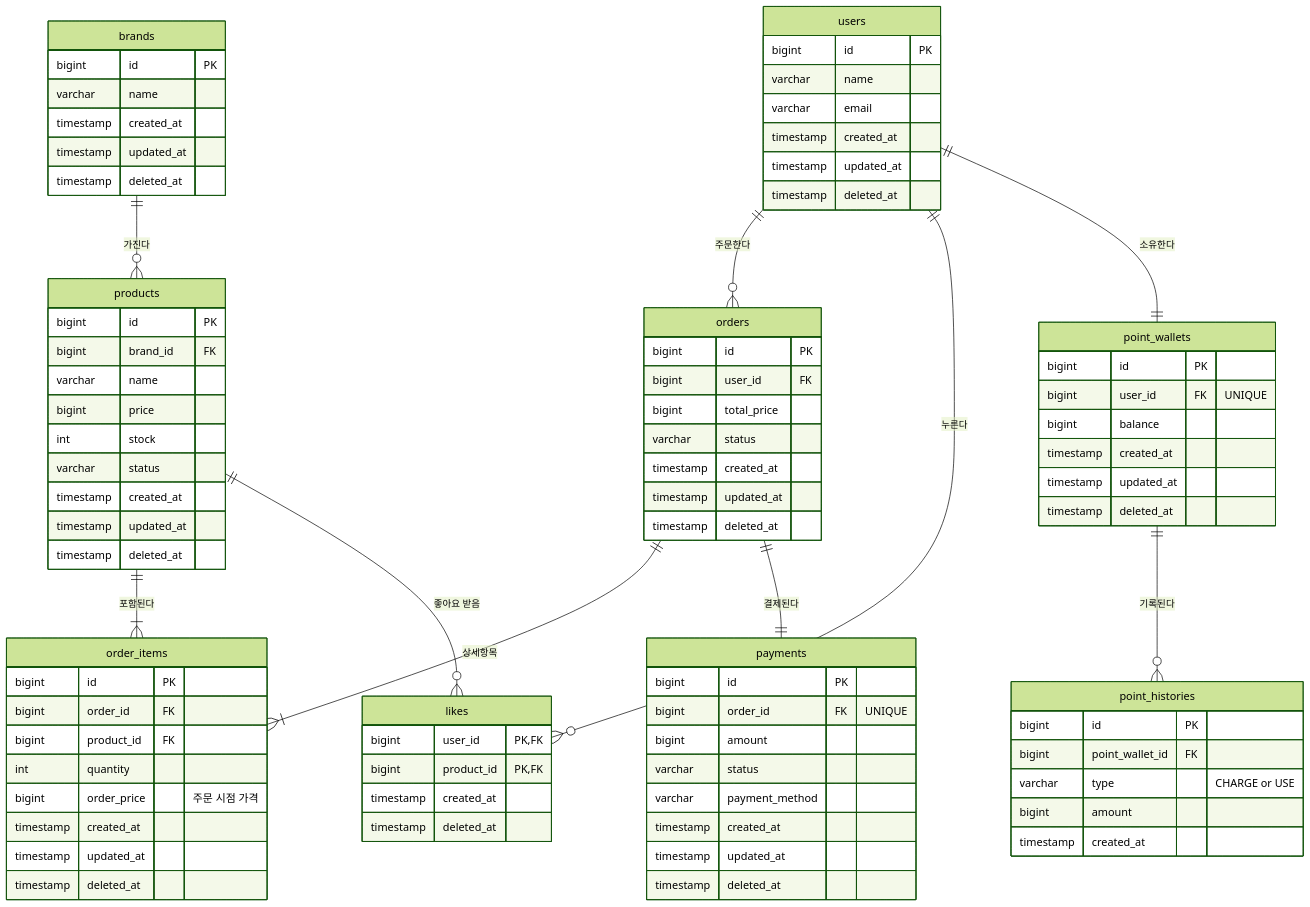
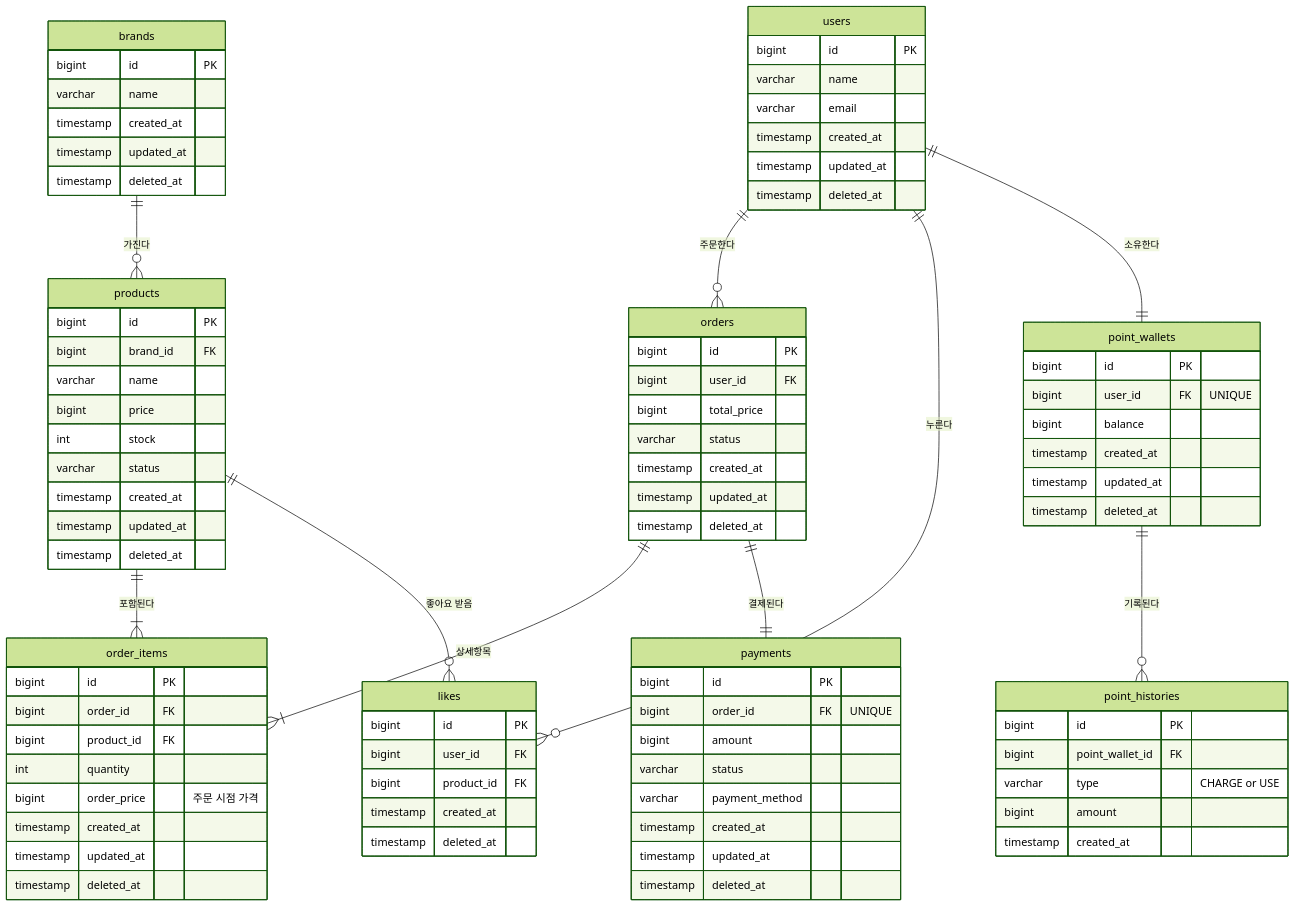
The diagram in docs/design/04-erd.md (Loopers-Team-6/chanho), drawn with Mermaid (forest theme) before and after one commit. The commit also changed 3 other files, not shown here.

````diff
--- a/docs/design/04-erd.md
+++ b/docs/design/04-erd.md
@@ -81,22 +81,20 @@
     }
 
     likes {
-        bigint user_id PK, FK
-        bigint product_id PK, FK
+        bigint id PK
+        bigint user_id FK
+        bigint product_id FK
         timestamp created_at
         timestamp deleted_at
     }
 
-    users ||--o{ orders : "주문한다"
-    users ||--o{ likes : "누른다"
-    users ||--|| point_wallets : "소유한다"
-
-    brands ||--o{ products : "가진다"
-    products ||--|{ order_items : "포함된다"
-    products ||--o{ likes : "좋아요 받음"
-
-    orders ||--|{ order_items : "상세항목"
-    orders ||--|| payments : "결제된다"
-
-    point_wallets ||--o{ point_histories : "기록된다"
+    users ||--o{ orders: "주문한다"
+    users ||--o{ likes: "누른다"
+    users ||--|| point_wallets: "소유한다"
+    brands ||--o{ products: "가진다"
+    products ||--|{ order_items: "포함된다"
+    products ||--o{ likes: "좋아요 받음"
+    orders ||--|{ order_items: "상세항목"
+    orders ||--|| payments: "결제된다"
+    point_wallets ||--o{ point_histories: "기록된다"
 ```
````
